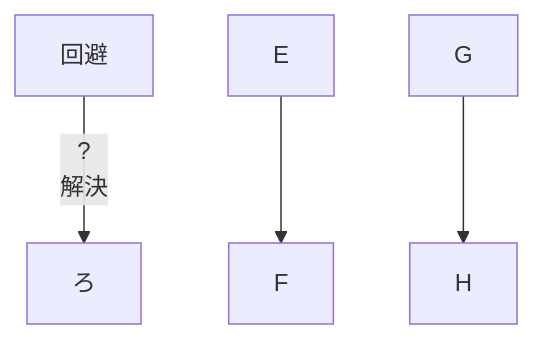
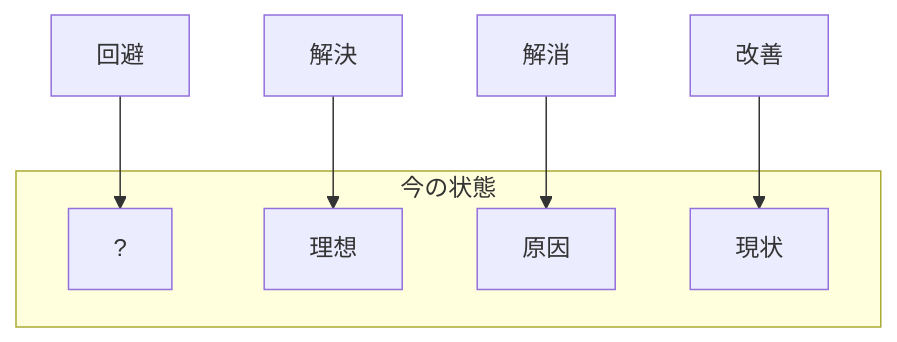
Before and after one commit to JunSasaki0077/obsidian: the second of 2 diagrams in 読書/発想の回路.md, drawn with Mermaid.

Commit message:
vault backup: 2026-04-08 09:00:11

````diff
--- a/読書/発想の回路.md
+++ b/読書/発想の回路.md
@@ -59,8 +59,14 @@
 ```mermaid
  graph TD
-    回避--"?"
-    解決-->ろ;
-    E-->F;
-    G-->H;
+    回避-->?;
+    解決-->理想;
+    解消-->原因;
+    改善-->現状;
+    subgraph ide1 [今の状態]
+    現状;
+    原因;
+    理想;
+    ?;
+    end
 
 ```
````
